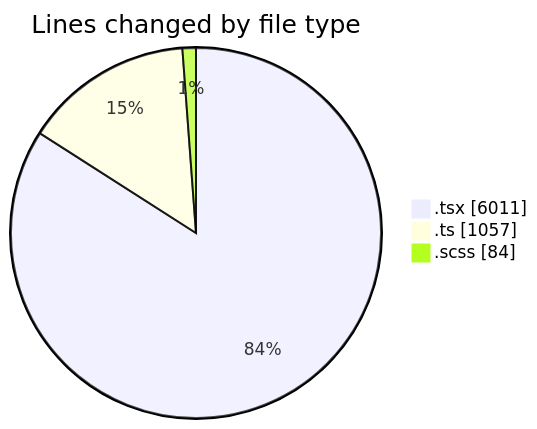
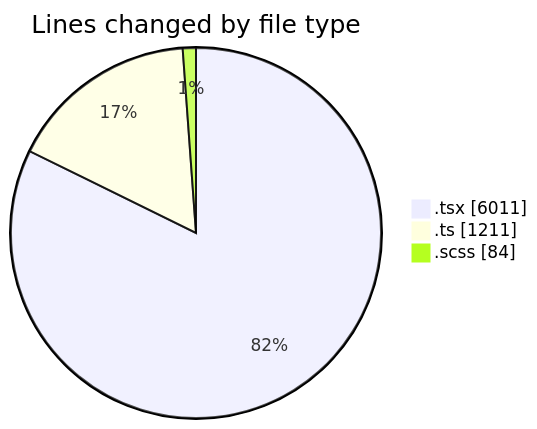
One commit to momahboobian/code-tracking changed the first of 2 diagrams in 2025-07-02/cda/README.md. Above: the diagram before and after it, drawn with Mermaid. The commit also changed other lines of this file and 1 other file, not shown here.

````diff
--- a/2025-07-02/cda/README.md
+++ b/2025-07-02/cda/README.md
@@ -37,7 +37,7 @@
 ```mermaid
 pie showData
 title Lines changed by file type
 ".tsx" : 6011
-".ts" : 1057
+".ts" : 1211
 ".scss" : 84
 ```
````
